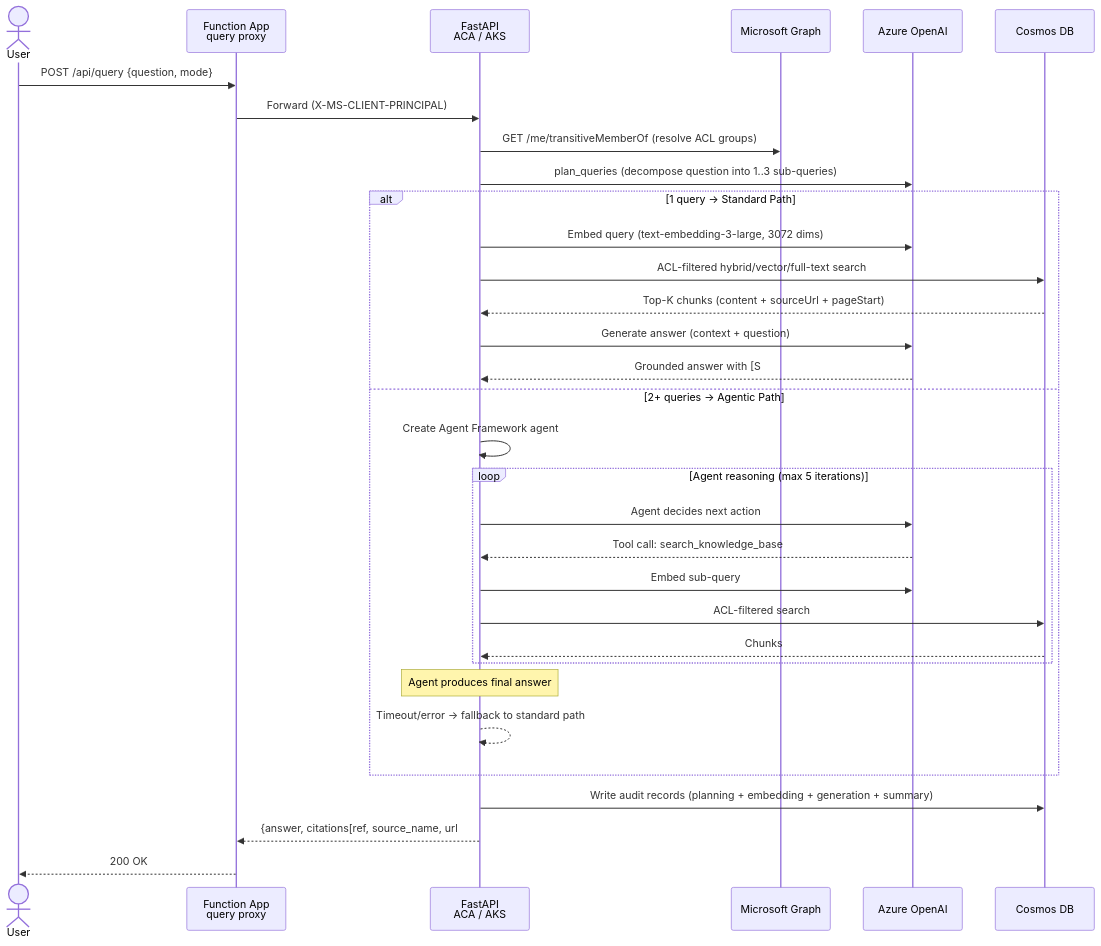
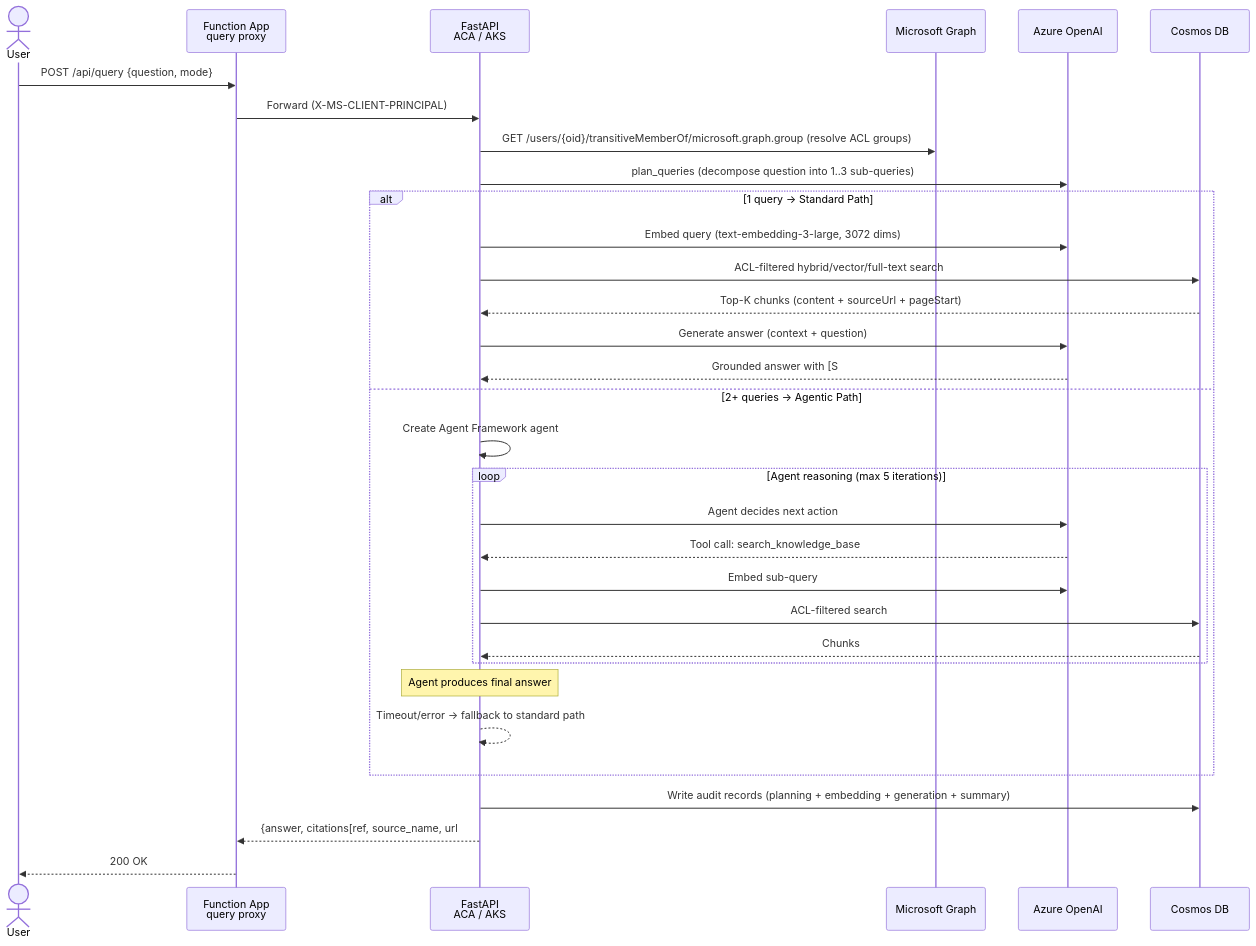
Before and after one commit to HariVamsiChittari/enterprise-rag-pipeline: the eighth of 10 diagrams in docs/ARCHITECTURE.md, drawn with Mermaid. The commit also changed other lines of this file and 6 other files, not shown here.

````diff
--- a/docs/ARCHITECTURE.md
+++ b/docs/ARCHITECTURE.md
@@ -328,35 +328,35 @@
 ```mermaid
 sequenceDiagram
     actor User
     participant Proxy as Function App<br/>query proxy
     participant RAG as FastAPI<br/>ACA / AKS
     participant Graph as Microsoft Graph
     participant OAI as Azure OpenAI
     participant Cosmos as Cosmos DB
 
     User->>Proxy: POST /api/query {question, mode}
     Proxy->>RAG: Forward (X-MS-CLIENT-PRINCIPAL)
-    RAG->>Graph: GET /me/transitiveMemberOf (resolve ACL groups)
+    RAG->>Graph: GET /users/{oid}/transitiveMemberOf/microsoft.graph.group (resolve ACL groups)
     RAG->>OAI: plan_queries (decompose question into 1..3 sub-queries)
     alt 1 query → Standard Path
         RAG->>OAI: Embed query (text-embedding-3-large, 3072 dims)
         RAG->>Cosmos: ACL-filtered hybrid/vector/full-text search
         Cosmos-->>RAG: Top-K chunks (content + sourceUrl + pageStart)
         RAG->>OAI: Generate answer (context + question)
         OAI-->>RAG: Grounded answer with [S#] markers
     else 2+ queries → Agentic Path
         RAG->>RAG: Create Agent Framework agent
         loop Agent reasoning (max 5 iterations)
             RAG->>OAI: Agent decides next action
             OAI-->>RAG: Tool call: search_knowledge_base
             RAG->>OAI: Embed sub-query
             RAG->>Cosmos: ACL-filtered search
             Cosmos-->>RAG: Chunks
         end
         Note over RAG: Agent produces final answer
         RAG-->>RAG: Timeout/error → fallback to standard path
     end
     RAG->>Cosmos: Write audit records (planning + embedding + generation + summary)
     RAG-->>Proxy: {answer, citations[ref, source_name, url#page=N], request_id}
     Proxy-->>User: 200 OK
 ```
````
